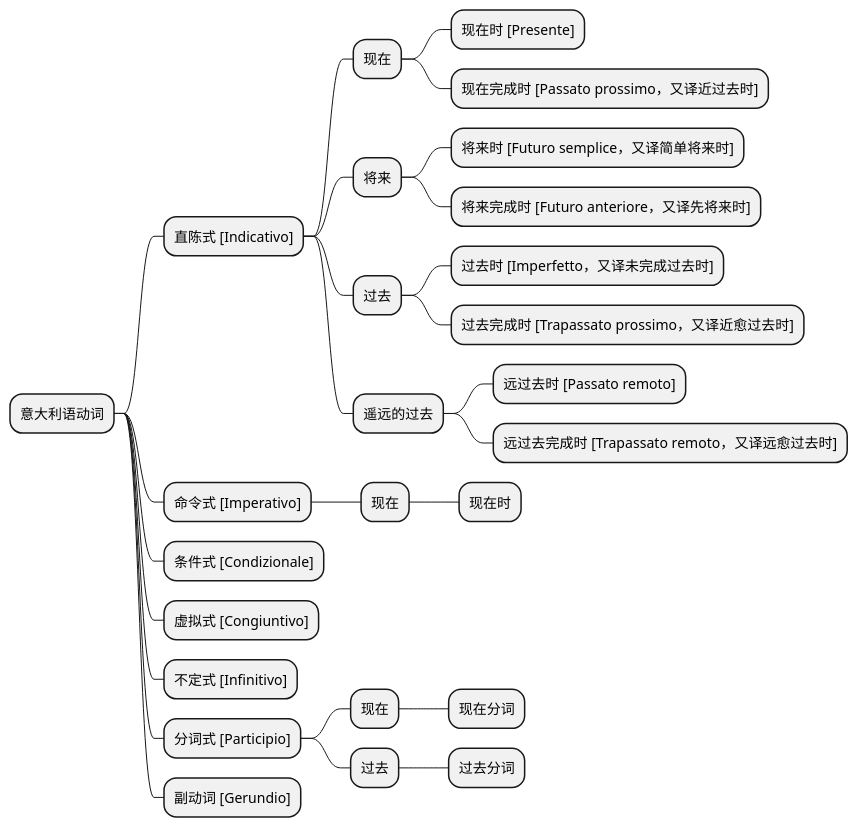
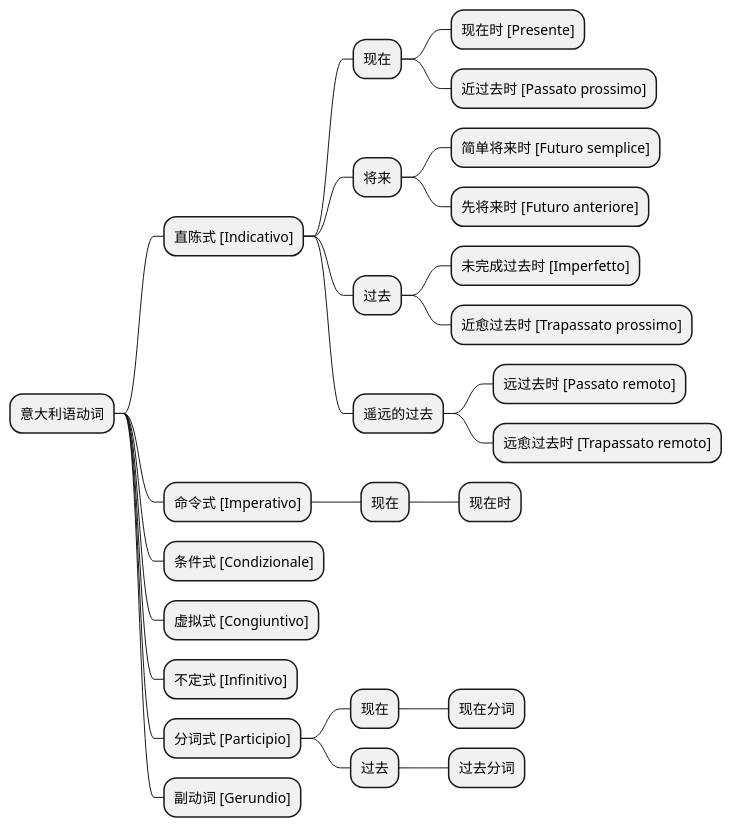
One commit to winsphinx/FEI changed the second of 2 diagrams in fei.org. Above: the diagram before and after it, drawn with PlantUML. The commit also changed other lines of this file and 2 other files, not shown here.

```diff
--- a/fei.org
+++ b/fei.org
@@ -1043,30 +1043,30 @@
      #+begin_src plantuml :file images/italian-verb.png :cmdline -charset utf-8 :exports none
      @startmindmap
      + 意大利语动词
      ++ 直陈式 [Indicativo]
      +++ 现在
      ++++ 现在时 [Presente]
-     ++++ 现在完成时 [Passato prossimo，又译近过去时]
+     ++++ 近过去时 [Passato prossimo]
      +++ 将来
-     ++++ 将来时 [Futuro semplice，又译简单将来时]
-     ++++ 将来完成时 [Futuro anteriore，又译先将来时]
+     ++++ 简单将来时 [Futuro semplice]
+     ++++ 先将来时 [Futuro anteriore]
      +++ 过去
-     ++++ 过去时 [Imperfetto，又译未完成过去时]
-     ++++ 过去完成时 [Trapassato prossimo，又译近愈过去时]
+     ++++ 未完成过去时 [Imperfetto]
+     ++++ 近愈过去时 [Trapassato prossimo]
      +++ 遥远的过去
      ++++ 远过去时 [Passato remoto]
-     ++++ 远过去完成时 [Trapassato remoto，又译远愈过去时]
+     ++++ 远愈过去时 [Trapassato remoto]
      ++ 命令式 [Imperativo]
      +++ 现在
      ++++ 现在时
      ++ 条件式 [Condizionale]
      ++ 虚拟式 [Congiuntivo]
      ++ 不定式 [Infinitivo]
      ++ 分词式 [Participio]
      +++ 现在
      ++++ 现在分词
      +++ 过去
      ++++ 过去分词
      ++ 副动词 [Gerundio]
      @endmindmap
      #+end_src
```
